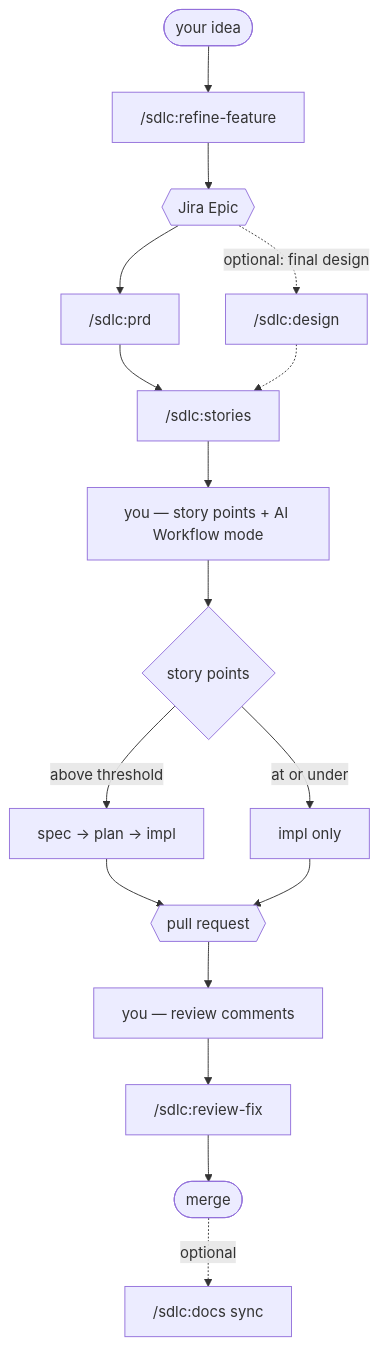
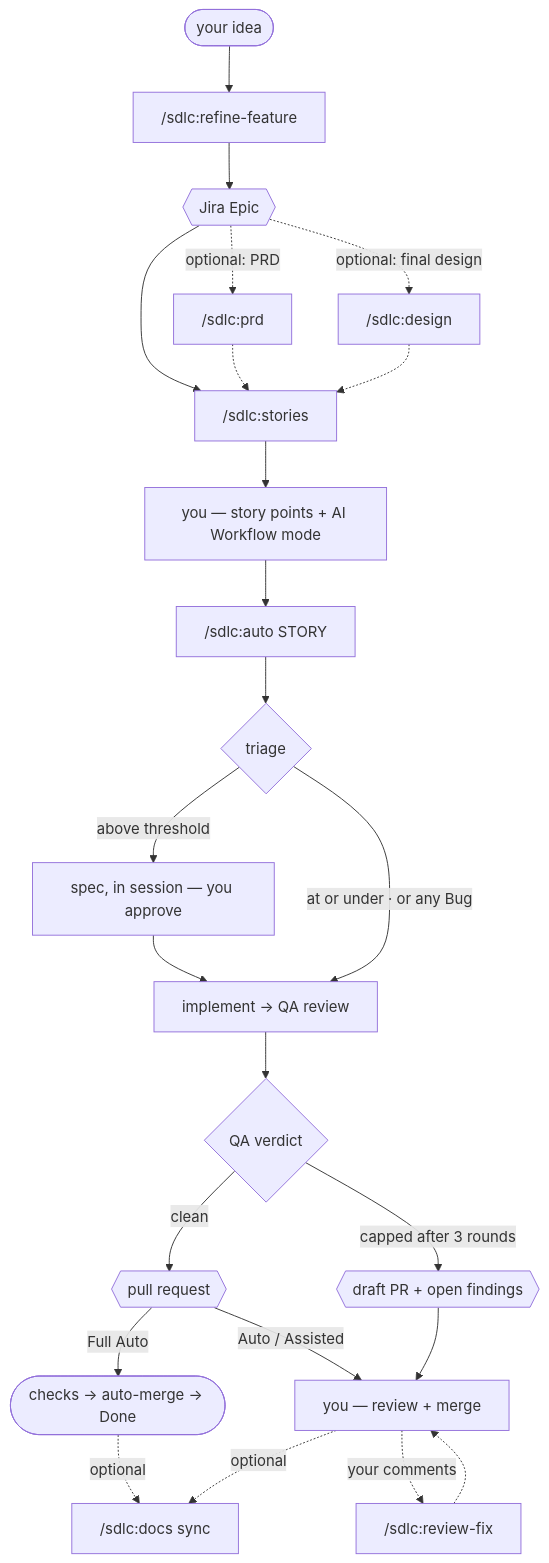
Before and after one commit to whimzyLive/nightshift-ai: the first of 6 diagrams in README.md, drawn with Mermaid. The commit also changed other lines of this file, not shown here.

First line of the commit message:
docs(readme): add under-the-hood Mermaid diagrams and fix stale pipeline claims

````diff
--- a/README.md
+++ b/README.md
@@ -87,15 +87,22 @@
 ```mermaid
 flowchart TD
     I(["your idea"]) --> RF["/sdlc:refine-feature"] --> E{{"Jira Epic"}}
-    E --> P["/sdlc:prd"] --> S["/sdlc:stories"]
+    E --> S["/sdlc:stories"]
+    E -. "optional: PRD" .-> P["/sdlc:prd"] -.-> S
     E -. "optional: final design" .-> DS["/sdlc:design"] -.-> S
     S --> R["you — story points + AI Workflow mode"]
-    R --> T{"story points"}
-    T -- "above threshold" --> FULL["spec → plan → impl"]
-    T -- "at or under" --> FAST["impl only"]
-    FULL --> PR{{"pull request"}}
-    FAST --> PR
-    PR --> CM["you — review comments"] --> RX["/sdlc:review-fix"]
-    RX --> MG(["merge"])
+    R --> A["/sdlc:auto STORY"]
+    A --> T{"triage"}
+    T -- "above threshold" --> SP["spec, in session — you approve"]
+    SP --> IMPL["implement → QA review"]
+    T -- "at or under · or any Bug" --> IMPL
+    IMPL --> V{"QA verdict"}
+    V -- clean --> PR{{"pull request"}}
+    V -- "capped after 3 rounds" --> DPR{{"draft PR + open findings"}}
+    PR -- "Full Auto" --> MG(["checks → auto-merge → Done"])
+    PR -- "Auto / Assisted" --> CM["you — review + merge"]
+    DPR --> CM
+    CM -. "your comments" .-> RX["/sdlc:review-fix"] -.-> CM
     MG -. optional .-> DX["/sdlc:docs sync"]
+    CM -. optional .-> DX
 ```
````
